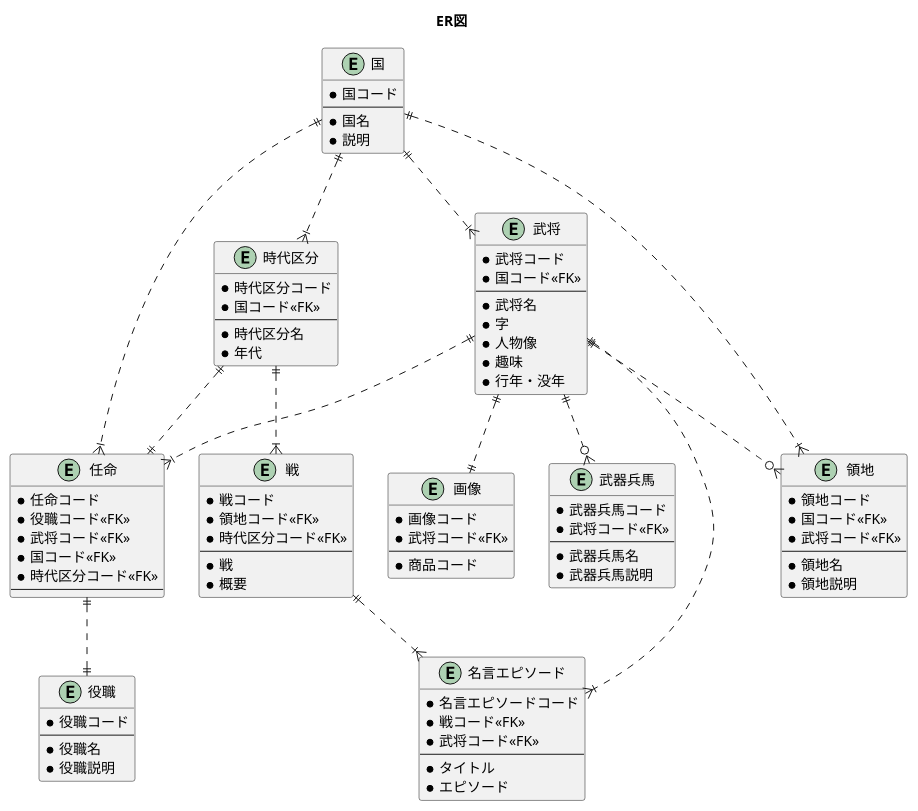
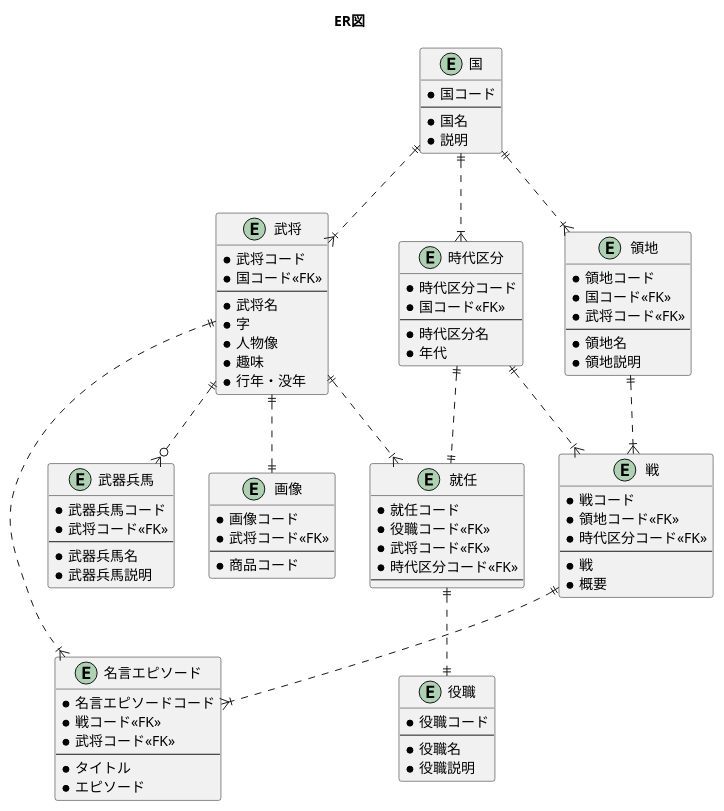
The diagram in 30_design/dd/dd_sangokushiApi/dd_er_diagram.md (pnskh112/sangokushi-api-document), drawn with PlantUML before and after one commit. The commit also changed 1 other file, not shown here.

Commit message:
upd RestApiDesign

```diff
--- a/30_design/dd/dd_sangokushiApi/dd_er_diagram.md
+++ b/30_design/dd/dd_sangokushiApi/dd_er_diagram.md
@@ -44,11 +44,10 @@
   * 役職説明
 }
 
-entity 任命{
-  * 任命コード
+entity 就任{
+  * 就任コード
   * 役職コード<<FK>>
   * 武将コード<<FK>>
-  * 国コード<<FK>>
   * 時代区分コード<<FK>>
   --
 }
@@ -95,17 +94,16 @@
   * エピソード
 }
 
-国 ||..|{ 任命
 国 ||..|{ 領地
 国 ||..|{ 武将
 国 ||..|{ 時代区分
-時代区分 ||..|| 任命
-武将 ||..|{ 任命
-任命 ||..|| 役職
+時代区分 ||..|| 就任
+武将 ||..|{ 就任
+就任 ||..|| 役職
 武将 ||..o{ 武器兵馬
-武将 ||..o{ 領地
 武将 ||..|| 画像
 時代区分 ||..|{ 戦
+領地 ||..|{ 戦
 戦 ||..|{ 名言エピソード
 武将 ||..|{ 名言エピソード
 @enduml
```
